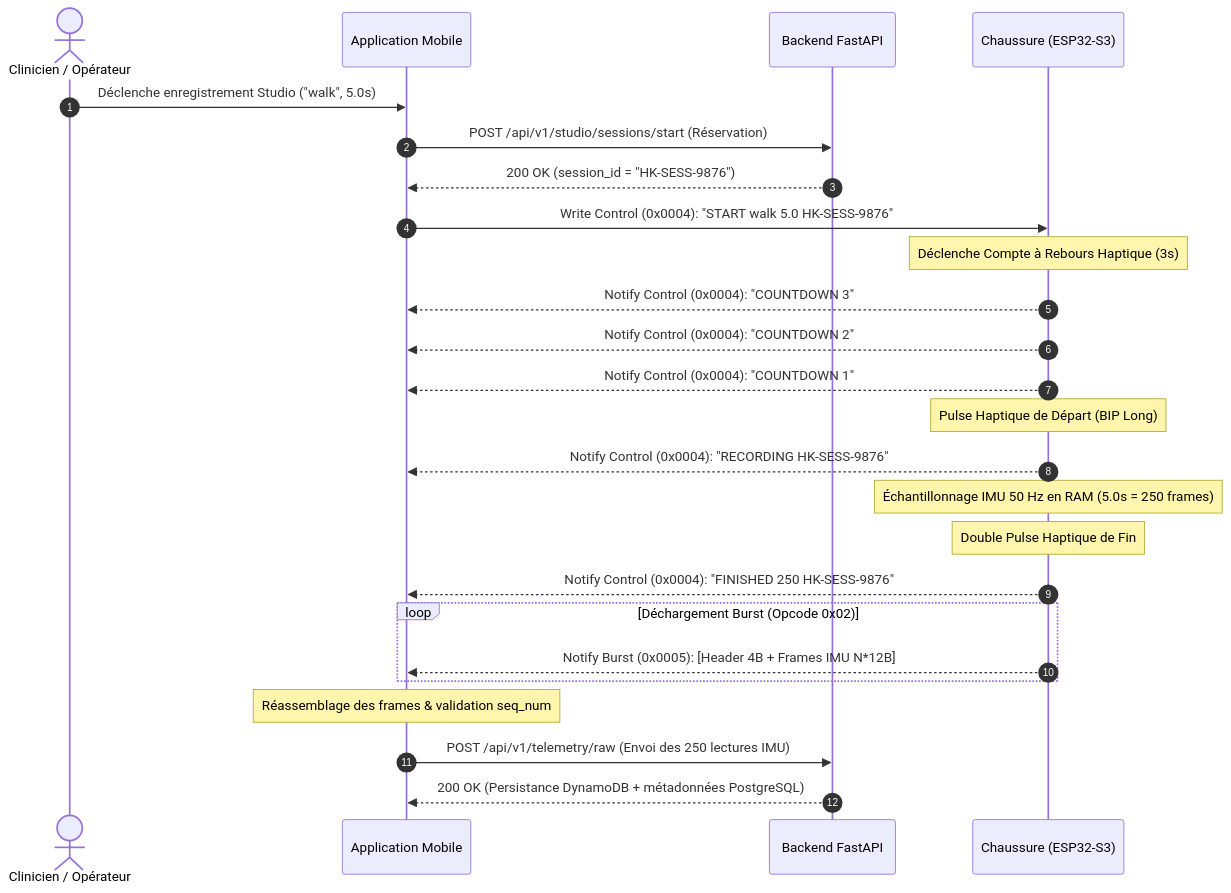
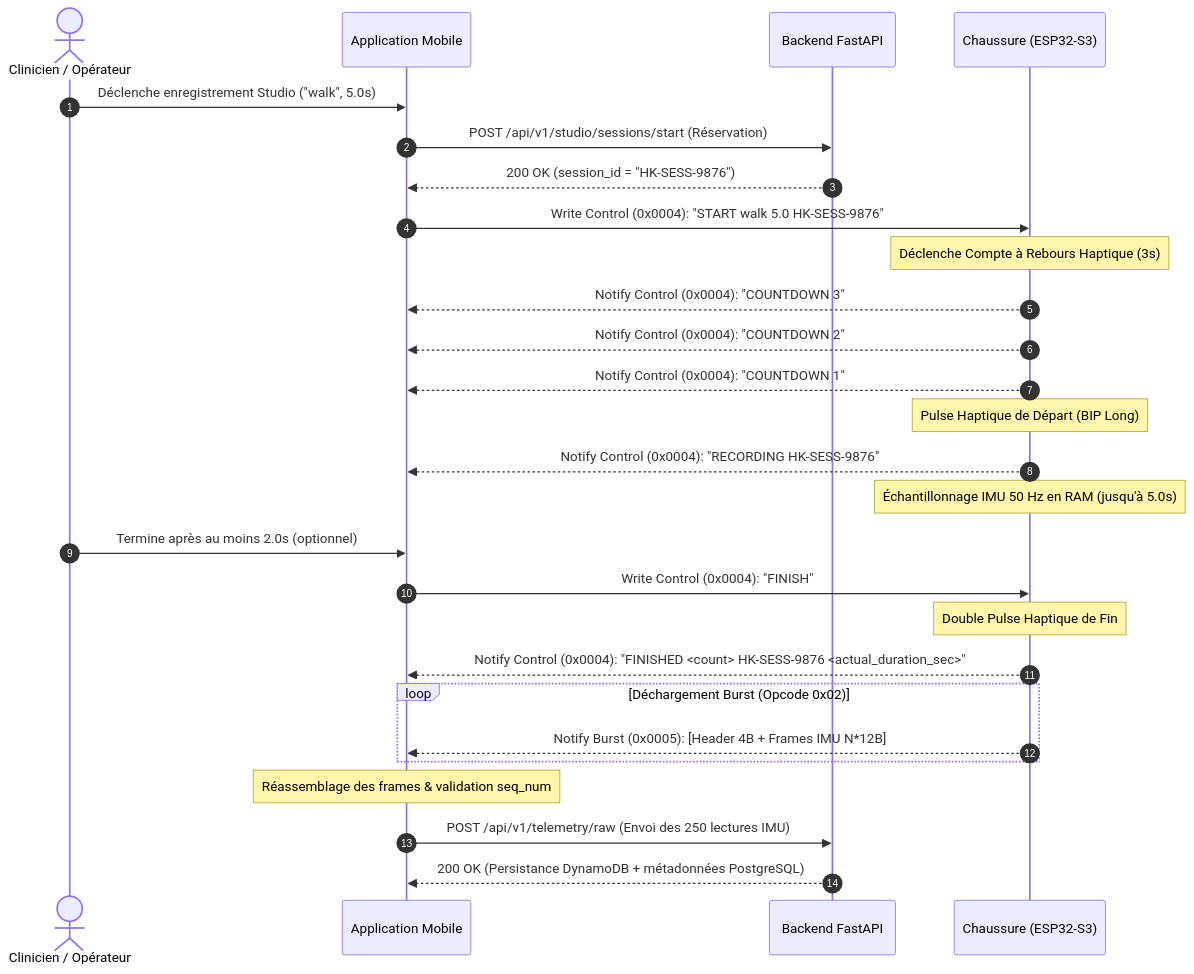
One commit to daverck/health-kicks-ecosystem changed the diagram in contracts/studio_burst_protocol.md. Above: the diagram before and after it, drawn with Mermaid. The commit also changed other lines of this file and 2 other files, not shown here.

Commit message:
docs(studio): document early capture completion
Document the FINISH command, actual capture duration, and IoT metadata forwarding.

````diff
--- a/contracts/studio_burst_protocol.md
+++ b/contracts/studio_burst_protocol.md
@@ -21,33 +21,35 @@
 ```mermaid
 sequenceDiagram
     autonumber
     actor Clinician as Clinicien / Opérateur
     participant Mobile as Application Mobile
     participant Backend as Backend FastAPI
     participant Shoe as Chaussure (ESP32-S3)
 
     Clinician->>Mobile: Déclenche enregistrement Studio ("walk", 5.0s)
     Mobile->>Backend: POST /api/v1/studio/sessions/start (Réservation)
     Backend-->>Mobile: 200 OK (session_id = "HK-SESS-9876")
 
     Mobile->>Shoe: Write Control (0x0004): "START walk 5.0 HK-SESS-9876"
     Note over Shoe: Déclenche Compte à Rebours Haptique (3s)
     Shoe-->>Mobile: Notify Control (0x0004): "COUNTDOWN 3"
     Shoe-->>Mobile: Notify Control (0x0004): "COUNTDOWN 2"
     Shoe-->>Mobile: Notify Control (0x0004): "COUNTDOWN 1"
 
     Note over Shoe: Pulse Haptique de Départ (BIP Long)
     Shoe-->>Mobile: Notify Control (0x0004): "RECORDING HK-SESS-9876"
-    Note over Shoe: Échantillonnage IMU 50 Hz en RAM (5.0s = 250 frames)
+    Note over Shoe: Échantillonnage IMU 50 Hz en RAM (jusqu'à 5.0s)
+    Clinician->>Mobile: Termine après au moins 2.0s (optionnel)
+    Mobile->>Shoe: Write Control (0x0004): "FINISH"
 
     Note over Shoe: Double Pulse Haptique de Fin
-    Shoe-->>Mobile: Notify Control (0x0004): "FINISHED 250 HK-SESS-9876"
+    Shoe-->>Mobile: Notify Control (0x0004): "FINISHED <count> HK-SESS-9876 <actual_duration_sec>"
 
     loop Déchargement Burst (Opcode 0x02)
         Shoe-->>Mobile: Notify Burst (0x0005): [Header 4B + Frames IMU N*12B]
     end
 
     Note over Mobile: Réassemblage des frames & validation seq_num
     Mobile->>Backend: POST /api/v1/telemetry/raw (Envoi des 250 lectures IMU)
     Backend-->>Mobile: 200 OK (Persistance DynamoDB + métadonnées PostgreSQL)
 ```
````
